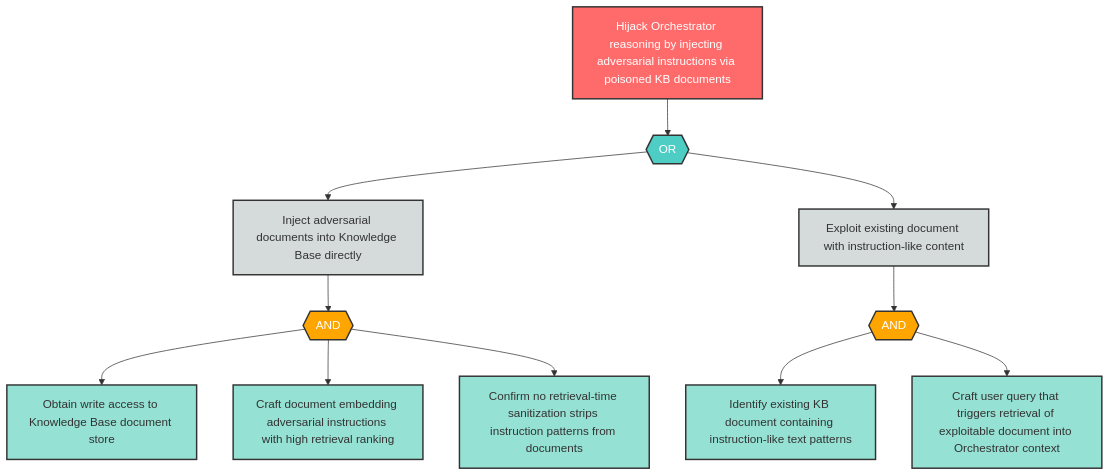
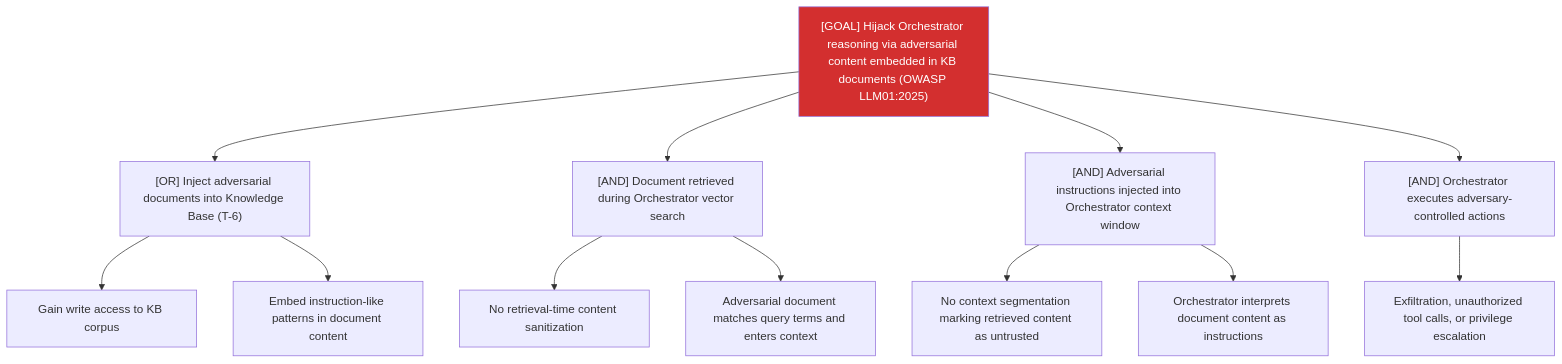
One commit to q-qp-p/davidmatousek-tachi changed the diagram in examples/agentic-app/sample-report/attack-trees/llm-2-attack-tree.md. Above: the diagram before and after it, drawn with Mermaid. The commit also changed other lines of this file and 132 other files, not shown here.

````diff
--- a/examples/agentic-app/sample-report/attack-trees/llm-2-attack-tree.md
+++ b/examples/agentic-app/sample-report/attack-trees/llm-2-attack-tree.md
@@ -8,37 +7,17 @@
 ```mermaid
-flowchart TD
-    LLM2_root["Hijack Orchestrator reasoning by injecting adversarial instructions via poisoned KB documents"]
-    LLM2_or1{{"OR"}}
-    LLM2_sub1["Inject adversarial documents into Knowledge Base directly"]
-    LLM2_sub2["Exploit existing document with instruction-like content"]
-    LLM2_and1{{"AND"}}
-    LLM2_leaf1["Obtain write access to Knowledge Base document store"]
-    LLM2_leaf2["Craft document embedding adversarial instructions with high retrieval ranking"]
-    LLM2_leaf3["Confirm no retrieval-time sanitization strips instruction patterns from documents"]
-    LLM2_and2{{"AND"}}
-    LLM2_leaf4["Identify existing KB document containing instruction-like text patterns"]
-    LLM2_leaf5["Craft user query that triggers retrieval of exploitable document into Orchestrator context"]
-
-    LLM2_root --> LLM2_or1
-    LLM2_or1 --> LLM2_sub1
-    LLM2_or1 --> LLM2_sub2
-    LLM2_sub1 --> LLM2_and1
-    LLM2_and1 --> LLM2_leaf1
-    LLM2_and1 --> LLM2_leaf2
-    LLM2_and1 --> LLM2_leaf3
-    LLM2_sub2 --> LLM2_and2
-    LLM2_and2 --> LLM2_leaf4
-    LLM2_and2 --> LLM2_leaf5
-
-    classDef goal fill:#ff6b6b,stroke:#333,stroke-width:2px,color:#fff
-    classDef andGate fill:#ffa500,stroke:#333,stroke-width:2px,color:#fff
-    classDef orGate fill:#4ecdc4,stroke:#333,stroke-width:2px,color:#fff
-    classDef subGoal fill:#d5dbdb,stroke:#333,stroke-width:2px,color:#333
-    classDef leaf fill:#95e1d3,stroke:#333,stroke-width:2px,color:#333
-
-    class LLM2_root goal
-    class LLM2_or1 orGate
-    class LLM2_and1,LLM2_and2 andGate
-    class LLM2_sub1,LLM2_sub2 subGoal
-    class LLM2_leaf1,LLM2_leaf2,LLM2_leaf3,LLM2_leaf4,LLM2_leaf5 leaf
+graph TD
+    Goal["[GOAL] Hijack Orchestrator reasoning via adversarial content embedded in KB documents (OWASP LLM01:2025)"]
+    Goal --> A["[OR] Inject adversarial documents into Knowledge Base (T-6)"]
+    A --> A1["Gain write access to KB corpus"]
+    A --> A2["Embed instruction-like patterns in document content"]
+    Goal --> B["[AND] Document retrieved during Orchestrator vector search"]
+    B --> B1["No retrieval-time content sanitization"]
+    B --> B2["Adversarial document matches query terms and enters context"]
+    Goal --> C["[AND] Adversarial instructions injected into Orchestrator context window"]
+    C --> C1["No context segmentation marking retrieved content as untrusted"]
+    C --> C2["Orchestrator interprets document content as instructions"]
+    Goal --> D["[AND] Orchestrator executes adversary-controlled actions"]
+    D --> D1["Exfiltration, unauthorized tool calls, or privilege escalation"]
+    classDef critical fill:#d32f2f,color:#fff
+    class Goal critical
 ```
````
